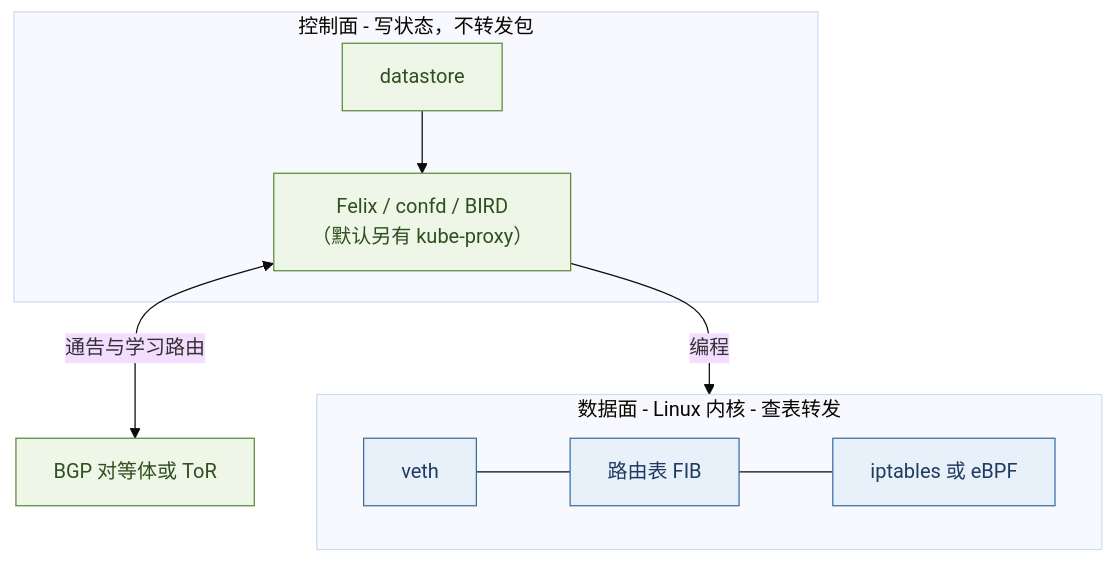
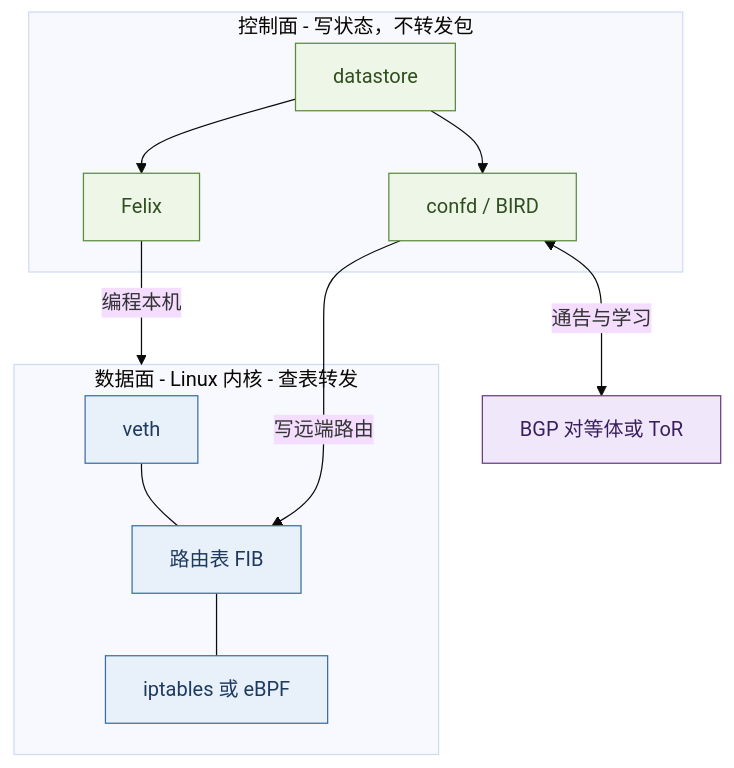
The first of 8 diagrams in 20-architecture/24-calico-l3-dataplane-treatise.md (xiaxinyu/knowledge_base), drawn with Mermaid (base theme) before and after one commit. The commit also changed other lines of this file and 2 other files, not shown here.

````diff
--- a/20-architecture/24-calico-l3-dataplane-treatise.md
+++ b/20-architecture/24-calico-l3-dataplane-treatise.md
@@ -33,23 +33,27 @@
 ```mermaid
 flowchart TB
   classDef cp fill:#eef6e8,stroke:#5a8a3a,color:#2f4f1f
   classDef dp fill:#e8f1fa,stroke:#3b6ea5,color:#1f3a5f
+  classDef peer fill:#f0e8fa,stroke:#6a3a8a,color:#3a1f5f
 
   subgraph CP["控制面 - 写状态，不转发包"]
     DS["datastore"]:::cp
-    Agents["Felix / confd / BIRD<br>（默认另有 kube-proxy）"]:::cp
-    DS --> Agents
+    Felix["Felix"]:::cp
+    BIRD["confd / BIRD"]:::cp
+    DS --> Felix
+    DS --> BIRD
   end
 
   subgraph DP["数据面 - Linux 内核 - 查表转发"]
     V["veth"]:::dp
     F["路由表 FIB"]:::dp
     A["iptables 或 eBPF"]:::dp
     V --- F
     F --- A
   end
 
-  Agents -->|"编程"| DP
-  Peer["BGP 对等体或 ToR"]:::cp
-  Agents <-->|"通告与学习路由"| Peer
+  Felix -->|"编程本机"| DP
+  BIRD -->|"写远端路由"| F
+  Peer["BGP 对等体或 ToR"]:::peer
+  BIRD <-->|"通告与学习"| Peer
 ```
````
